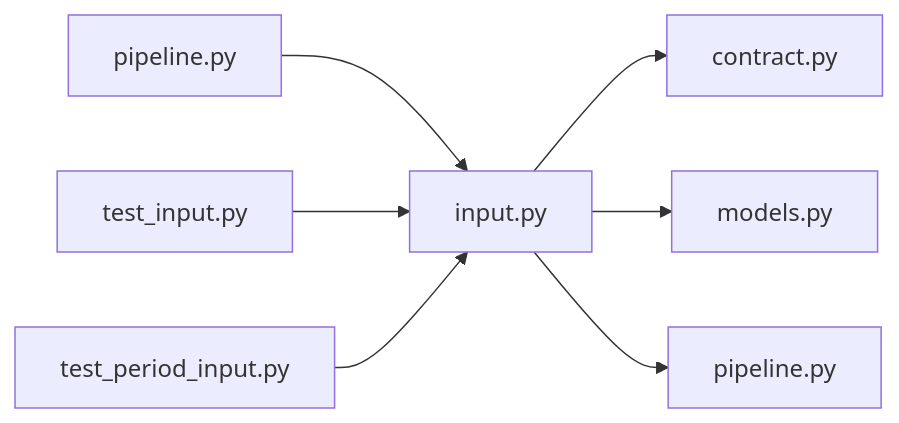
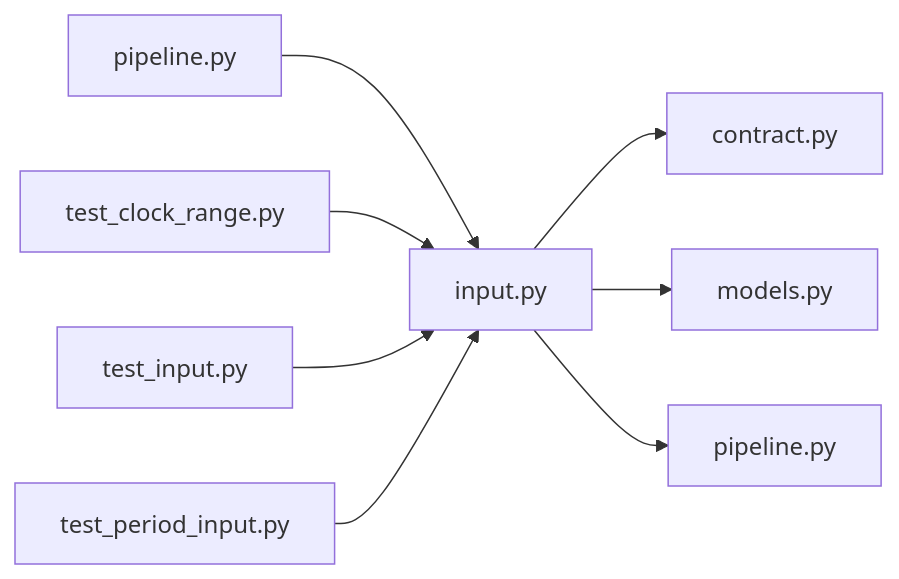
One commit to minkong-dev/Banblit changed the diagram in .cluedoc/graph/backend/src/backend/services/validation/input.md. Above: the diagram before and after it, drawn with Mermaid. The commit also changed other lines of this file and 37 other files, not shown here.

````diff
--- a/.cluedoc/graph/backend/src/backend/services/validation/input.md
+++ b/.cluedoc/graph/backend/src/backend/services/validation/input.md
@@ -10,10 +10,11 @@
 ```mermaid
 flowchart LR
   backend_src_backend_services_validation_input["input.py"]
   backend_src_backend_services_validation_input --> backend_src_backend_contract["contract.py"]
   backend_src_backend_services_validation_input --> backend_src_backend_db_models["models.py"]
   backend_src_backend_services_validation_input --> backend_src_backend_scheduling_pipeline["pipeline.py"]
   backend_src_backend_services_validation_pipeline["pipeline.py"] --> backend_src_backend_services_validation_input
+  backend_tests_unit_test_clock_range["test_clock_range.py"] --> backend_src_backend_services_validation_input
   backend_tests_unit_test_input["test_input.py"] --> backend_src_backend_services_validation_input
   backend_tests_unit_test_period_input["test_period_input.py"] --> backend_src_backend_services_validation_input
 ```
````
